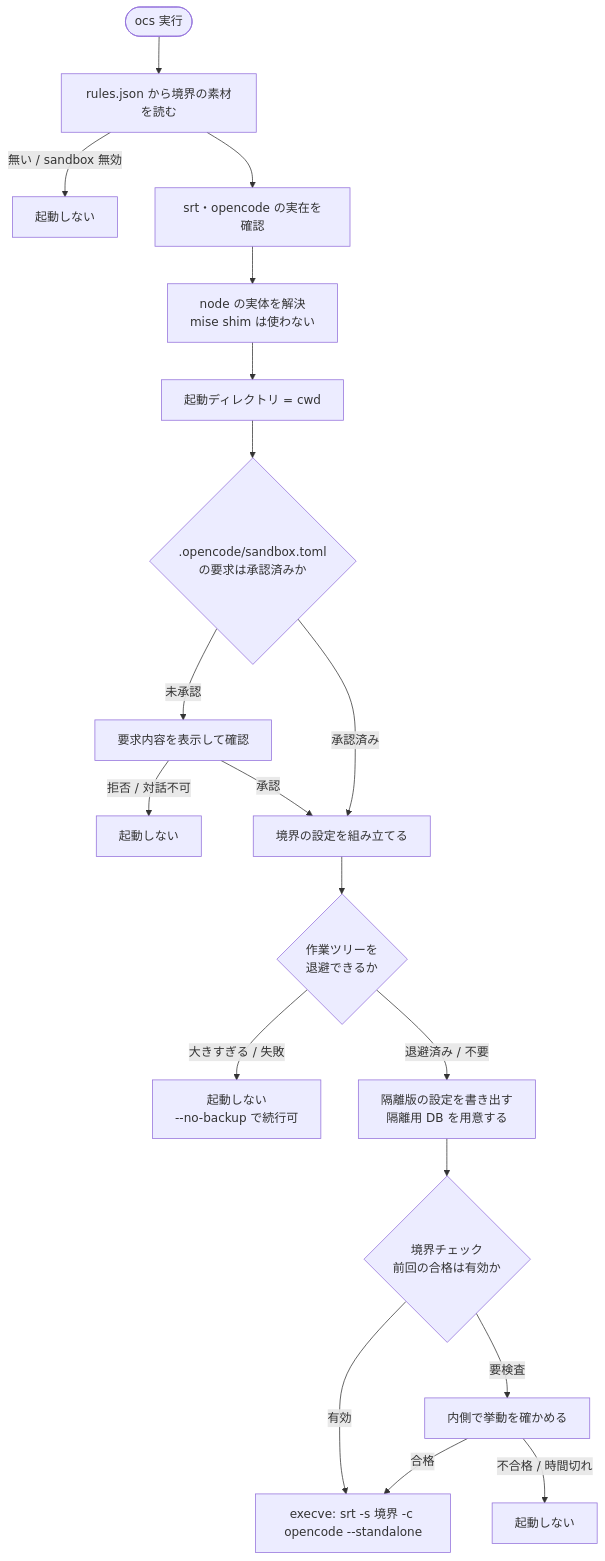
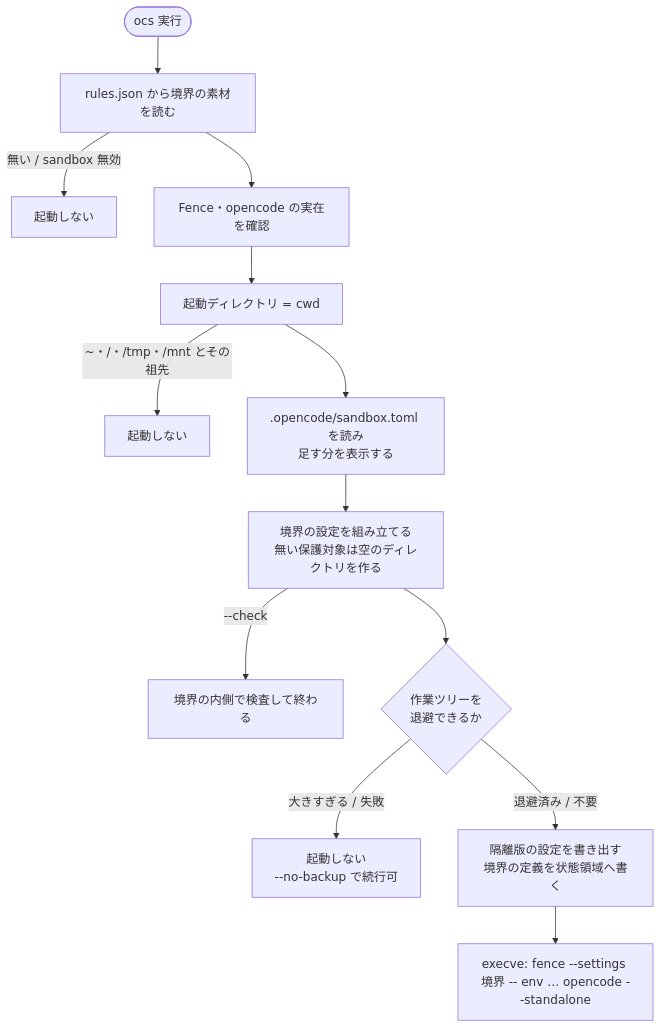
One commit to applejxd/dotfiles changed the second of 4 diagrams in docs/spec/opencode-sandbox.md. Above: the diagram before and after it, drawn with Mermaid. The commit also changed other lines of this file and 14 other files, not shown here.

````diff
--- a/docs/spec/opencode-sandbox.md
+++ b/docs/spec/opencode-sandbox.md
@@ -73,21 +80,15 @@
 ```mermaid
 flowchart TD
     START(["ocs 実行"]) --> LOAD["rules.json から境界の素材を読む"]
     LOAD -->|"無い / sandbox 無効"| STOP1["起動しない"]
-    LOAD --> BIN["srt・opencode の実在を確認"]
-    BIN --> NODE["node の実体を解決<br>mise shim は使わない"]
-    NODE --> WSDIR["起動ディレクトリ = cwd"]
-    WSDIR --> TRUST{".opencode/sandbox.toml<br>の要求は承認済みか"}
-    TRUST -->|"未承認"| ASK["要求内容を表示して確認"]
-    ASK -->|"拒否 / 対話不可"| STOP2["起動しない"]
-    ASK -->|"承認"| BUILD
-    TRUST -->|"承認済み"| BUILD["境界の設定を組み立てる"]
+    LOAD --> BIN["Fence・opencode の実在を確認"]
+    BIN --> WSDIR["起動ディレクトリ = cwd"]
+    WSDIR -->|"~・/・/tmp・/mnt とその祖先"| STOP2["起動しない"]
+    WSDIR --> REQ[".opencode/sandbox.toml を読み<br>足す分を表示する"]
+    REQ --> BUILD["境界の設定を組み立てる<br>無い保護対象は空のディレクトリを作る"]
+    BUILD -->|"--check"| CHECK["境界の内側で検査して終わる"]
     BUILD --> BACKUP{"作業ツリーを<br>退避できるか"}
     BACKUP -->|"大きすぎる / 失敗"| STOP3["起動しない<br>--no-backup で続行可"]
-    BACKUP -->|"退避済み / 不要"| WRITE["隔離版の設定を書き出す<br>隔離用 DB を用意する"]
-    WRITE --> CHECK{"境界チェック<br>前回の合格は有効か"}
-    CHECK -->|"有効"| EXEC
-    CHECK -->|"要検査"| RUN["内側で挙動を確かめる"]
-    RUN -->|"不合格 / 時間切れ"| STOP4["起動しない"]
-    RUN -->|"合格"| EXEC["execve: srt -s 境界 -c opencode --standalone"]
+    BACKUP -->|"退避済み / 不要"| WRITE["隔離版の設定を書き出す<br>境界の定義を状態領域へ書く"]
+    WRITE --> EXEC["execve: fence --settings 境界 -- env … opencode --standalone"]
 ```
````
